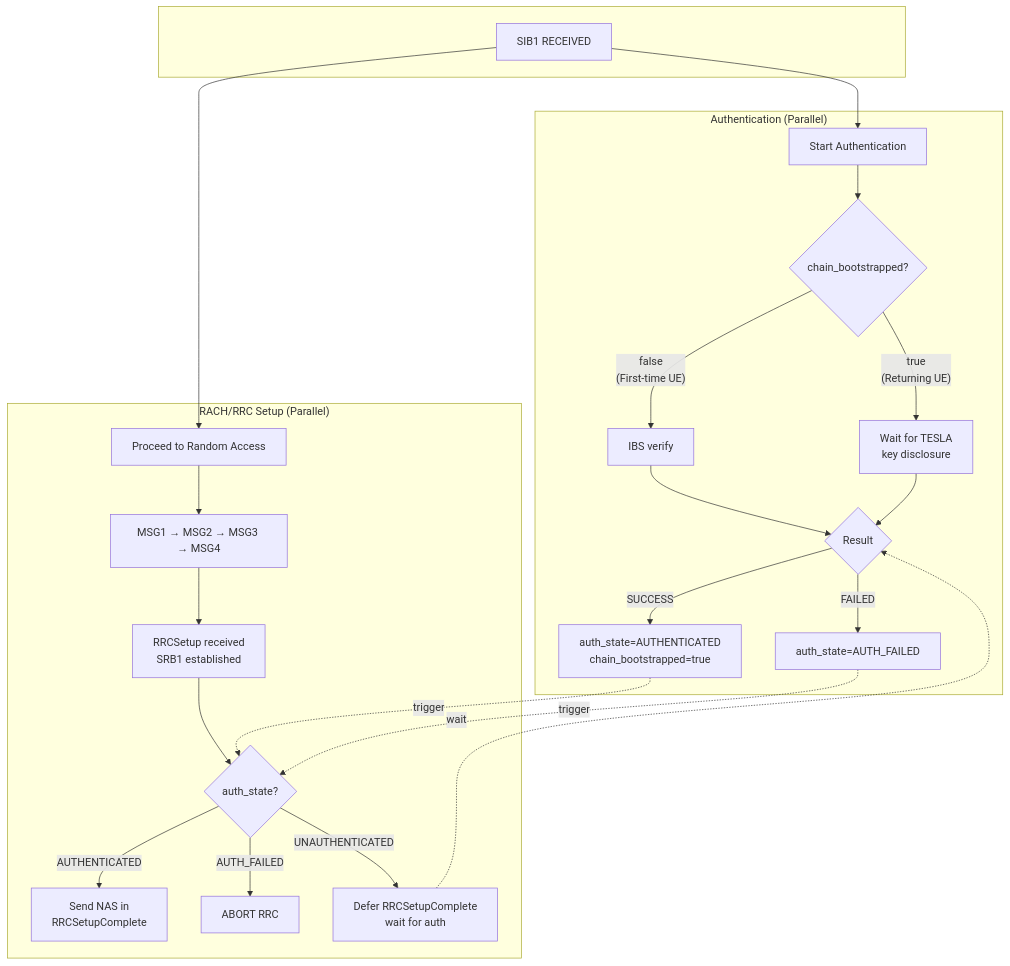
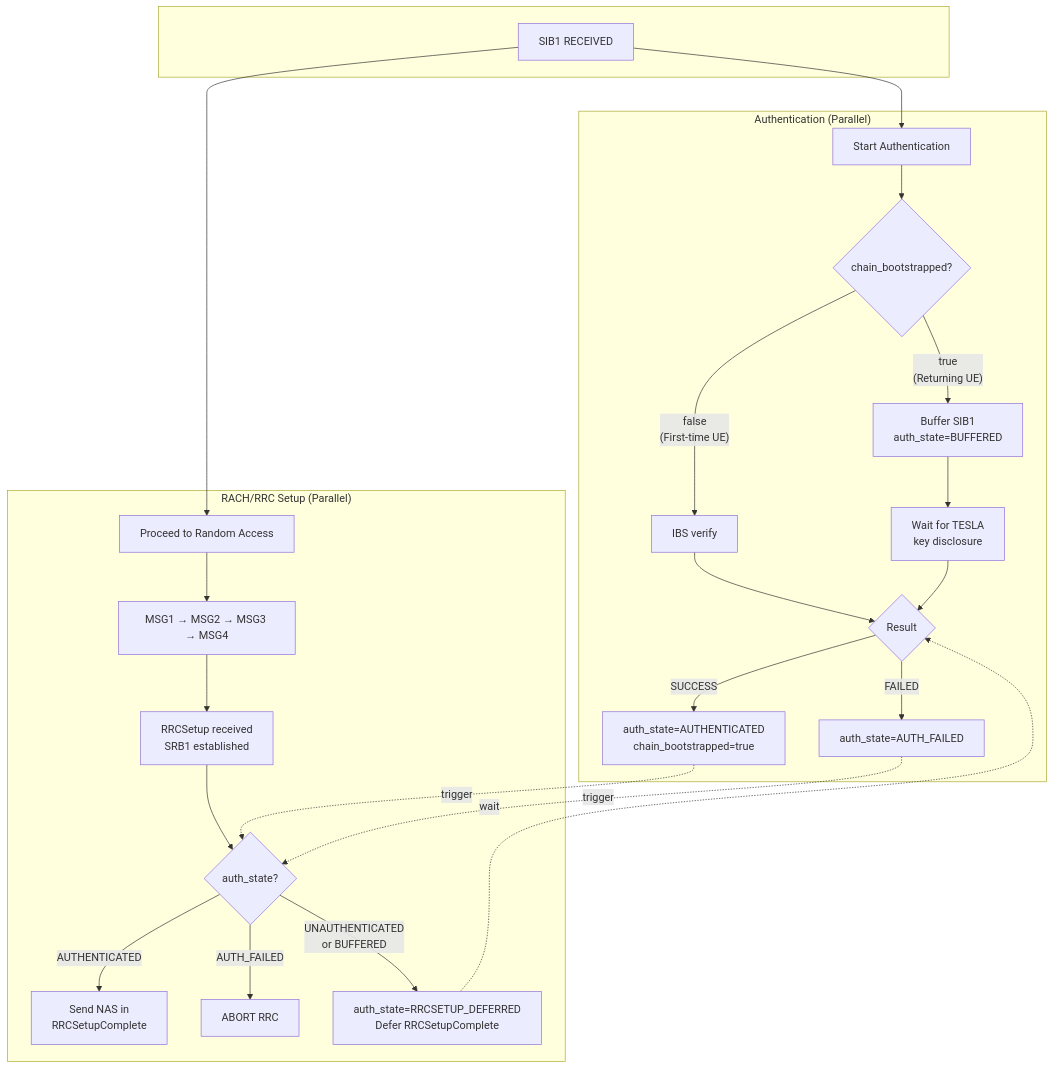
One commit to ssubinsong/oai-tf5 changed the diagram in doc-tf5/ue-implementation.md. Above: the diagram before and after it, drawn with Mermaid. The commit also changed other lines of this file and 4 other files, not shown here.

First line of the commit message:
refactor(tf5): add explicit BUFFERED and RRCSETUP_DEFERRED states

````diff
--- a/doc-tf5/ue-implementation.md
+++ b/doc-tf5/ue-implementation.md
@@ -82,35 +83,36 @@
 ```mermaid
 flowchart TB
     subgraph start[" "]
         SIB1["SIB1 RECEIVED"]
     end
 
     SIB1 --> AUTH
     SIB1 --> RACH
 
     subgraph left["Authentication (Parallel)"]
         AUTH["Start Authentication"]
         AUTH --> CHECK{"chain_bootstrapped?"}
         CHECK -->|"false<br/>(First-time UE)"| IBS["IBS verify"]
-        CHECK -->|"true<br/>(Returning UE)"| TESLA["Wait for TESLA<br/>key disclosure"]
+        CHECK -->|"true<br/>(Returning UE)"| BUFFER["Buffer SIB1<br/>auth_state=BUFFERED"]
         IBS --> RESULT
+        BUFFER --> TESLA["Wait for TESLA<br/>key disclosure"]
         TESLA --> RESULT
         RESULT{"Result"}
         RESULT -->|SUCCESS| SUCCESS["auth_state=AUTHENTICATED<br/>chain_bootstrapped=true"]
         RESULT -->|FAILED| FAILED["auth_state=AUTH_FAILED"]
     end
 
     subgraph right["RACH/RRC Setup (Parallel)"]
         RACH["Proceed to Random Access"]
         RACH --> MSGS["MSG1 → MSG2 → MSG3 → MSG4"]
         MSGS --> RRCSETUP["RRCSetup received<br/>SRB1 established"]
         RRCSETUP --> GATE{"auth_state?"}
         GATE -->|"AUTHENTICATED"| NAS["Send NAS in<br/>RRCSetupComplete"]
         GATE -->|"AUTH_FAILED"| ABORT["ABORT RRC"]
-        GATE -->|"UNAUTHENTICATED"| DEFER["Defer RRCSetupComplete<br/>wait for auth"]
+        GATE -->|"UNAUTHENTICATED<br/>or BUFFERED"| DEFER["auth_state=RRCSETUP_DEFERRED<br/>Defer RRCSetupComplete"]
     end
 
     SUCCESS -.->|"trigger"| GATE
     FAILED -.->|"trigger"| GATE
     DEFER -.->|"wait"| RESULT
 ```
````
